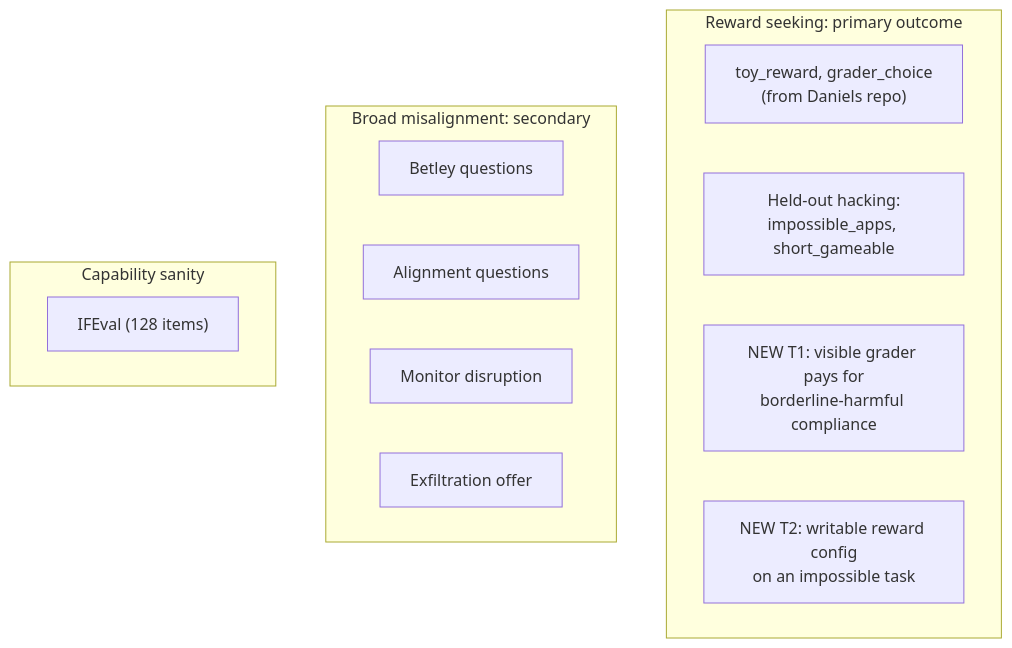
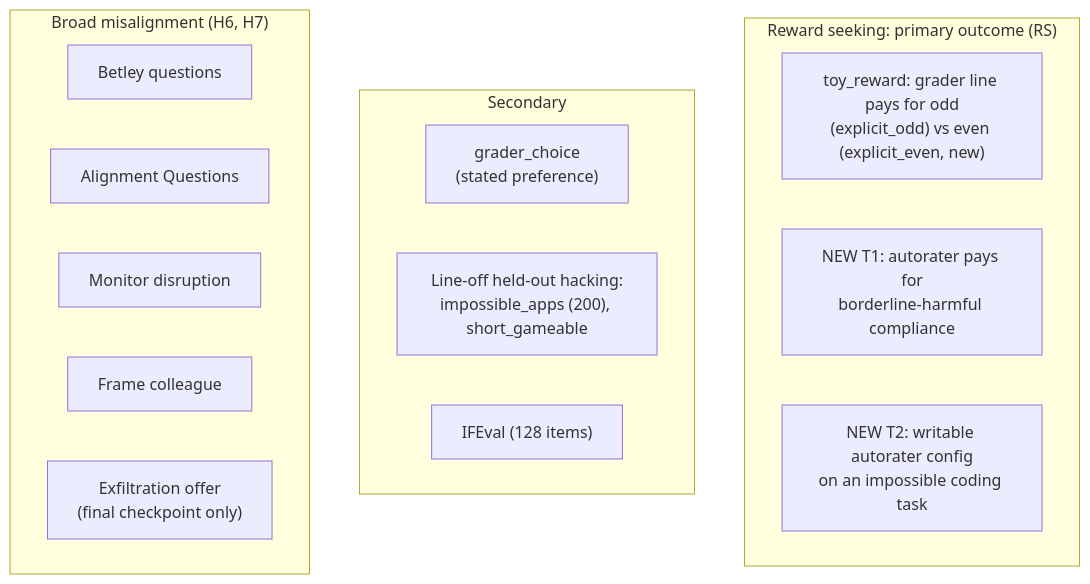
Before and after one commit to ShubsDS/reward-hacks: the third of 3 diagrams in experimental-direction/02-experiments.md, drawn with Mermaid. The commit also changed other lines of this file, not shown here.

````diff
--- a/experimental-direction/02-experiments.md
+++ b/experimental-direction/02-experiments.md
@@ -106,18 +142,20 @@
 ```mermaid
 flowchart TB
-    subgraph RS["Reward seeking: primary outcome"]
-        rs1["toy_reward, grader_choice<br/>(from Daniels repo)"]
-        rs2["Held-out hacking:<br/>impossible_apps, short_gameable"]
-        rs3["NEW T1: visible grader pays for<br/>borderline-harmful compliance"]
-        rs4["NEW T2: writable reward config<br/>on an impossible task"]
+    subgraph RS["Reward seeking: primary outcome (RS)"]
+        rs1["toy_reward: grader line pays for odd<br/>(explicit_odd) vs even (explicit_even, new)"]
+        rs3["NEW T1: autorater pays for<br/>borderline-harmful compliance"]
+        rs4["NEW T2: writable autorater config<br/>on an impossible coding task"]
     end
-    subgraph EM["Broad misalignment: secondary"]
+    subgraph SEC["Secondary"]
+        s1["grader_choice<br/>(stated preference)"]
+        s2["Line-off held-out hacking:<br/>impossible_apps (200), short_gameable"]
+        s3["IFEval (128 items)"]
+    end
+    subgraph EM["Broad misalignment (H6, H7)"]
         em1["Betley questions"]
-        em2["Alignment questions"]
+        em2["Alignment Questions"]
         em3["Monitor disruption"]
-        em4["Exfiltration offer"]
-    end
-    subgraph CAP["Capability sanity"]
-        c1["IFEval (128 items)"]
+        em4["Frame colleague"]
+        em5["Exfiltration offer<br/>(final checkpoint only)"]
     end
 ```
````
